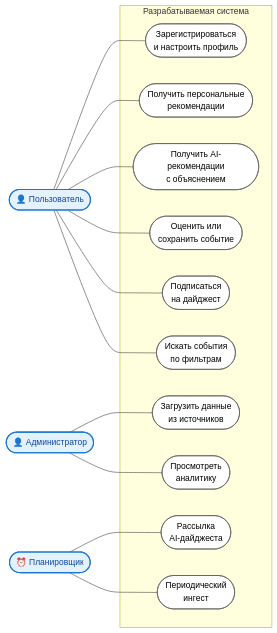
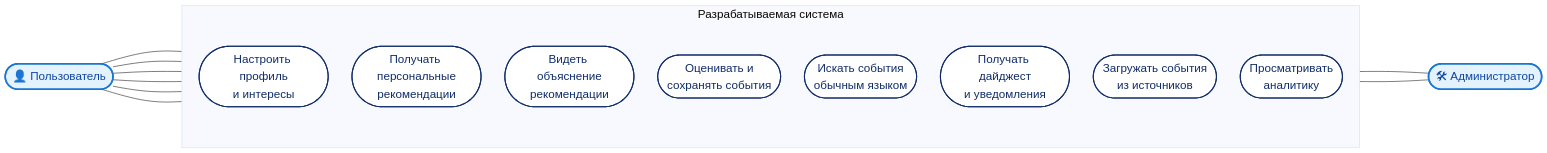
The diagram in docs/diagrams/01_use_case.mmd (EgorBelov/event_mind), drawn with Mermaid before and after one commit. The commit also changed 22 other files, not shown here.

```diff
--- a/docs/diagrams/01_use_case.mmd
+++ b/docs/diagrams/01_use_case.mmd
@@ -1,35 +1,29 @@
-%%{init: {'theme':'default', 'flowchart':{'htmlLabels':true}}}%%
+%%{init: {'theme':'base', 'themeVariables':{'fontSize':'22px','fontFamily':'Arial'}, 'flowchart':{'htmlLabels':true,'nodeSpacing':45,'rankSpacing':130}}}%%
 graph LR
-    classDef actor fill:#e3f2fd,stroke:#1976d2,stroke-width:2px,color:#0d47a1
-    classDef uc fill:#fff,stroke:#555,stroke-width:1px,rx:25,ry:25,color:#000
-    classDef sys fill:#f5f5f5,stroke:#999,stroke-width:1px,color:#000
+    classDef actor fill:#e3f2fd,stroke:#1976d2,stroke-width:3px,color:#0d47a1
+    classDef uc fill:#ffffff,stroke:#0F2C68,stroke-width:2px,color:#0F2C68
+    classDef sys fill:#f7f9fc,stroke:#9bb0d3,stroke-width:2px,color:#0F2C68
 
     USER(["👤 Пользователь"]):::actor
-    ADMIN(["👤 Администратор"]):::actor
-    SCHED(["⏰ Планировщик"]):::actor
+    ADMIN(["🛠 Администратор"]):::actor
 
     subgraph System["Разрабатываемая система"]
-        UC1(["Зарегистрироваться<br/>и настроить профиль"]):::uc
-        UC2(["Получить персональные<br/>рекомендации"]):::uc
-        UC3(["Получить AI-рекомендации<br/>с объяснением"]):::uc
-        UC4(["Оценить или<br/>сохранить событие"]):::uc
-        UC6(["Подписаться<br/>на дайджест"]):::uc
-        UC7(["Искать события<br/>по фильтрам"]):::uc
-        UC8(["Загрузить данные<br/>из источников"]):::uc
-        UC9(["Просмотреть<br/>аналитику"]):::uc
-        UC10(["Рассылка<br/>AI-дайджеста"]):::uc
-        UC11(["Периодический<br/>ингест"]):::uc
+        direction TB
+        UC1(["Настроить профиль<br/>и интересы"]):::uc
+        UC2(["Получать персональные<br/>рекомендации"]):::uc
+        UC3(["Видеть объяснение<br/>рекомендации"]):::uc
+        UC4(["Оценивать и<br/>сохранять события"]):::uc
+        UC5(["Искать события<br/>обычным языком"]):::uc
+        UC6(["Получать дайджест<br/>и уведомления"]):::uc
+        UC7(["Загружать события<br/>из источников"]):::uc
+        UC8(["Просматривать<br/>аналитику"]):::uc
     end
 
     USER --- UC1
     USER --- UC2
     USER --- UC3
     USER --- UC4
+    USER --- UC5
     USER --- UC6
-    USER --- UC7
-
-    ADMIN --- UC8
-    ADMIN --- UC9
-
-    SCHED --- UC10
-    SCHED --- UC11
+    UC7 --- ADMIN
+    UC8 --- ADMIN
```
